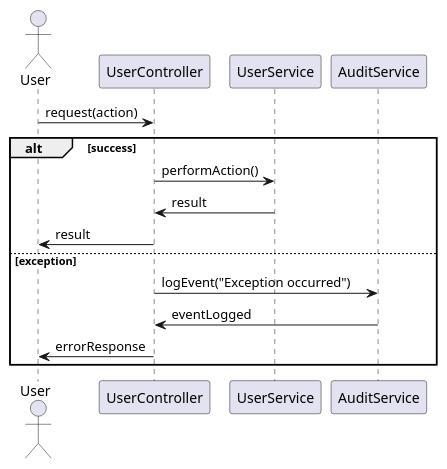
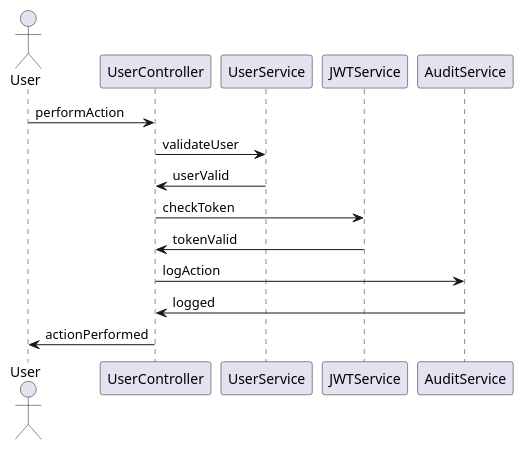
Before and after one commit to Dinesh-s95/AutoDoc.ai: the fourth of 6 diagrams in identityprovider/documentation/detaileddesign.adoc, drawn with PlantUML. The commit also changed other lines of this file and 4 other files, not shown here.

````diff
--- a/identityprovider/documentation/detaileddesign.adoc
+++ b/identityprovider/documentation/detaileddesign.adoc
@@ -359,19 +304,18 @@
 ```plantuml
 @startuml
 actor User
 participant UserController
 participant UserService
+participant JWTService
 participant AuditService
 
-User -> UserController : request(action)
-alt success
-    UserController -> UserService : performAction()
-    UserService -> UserController : result
-    UserController -> User : result
-else exception
-    UserController -> AuditService : logEvent("Exception occurred")
-    AuditService -> UserController : eventLogged
-    UserController -> User : errorResponse
-end
+User -> UserController : performAction
+UserController -> UserService : validateUser
+UserService -> UserController : userValid
+UserController -> JWTService : checkToken
+JWTService -> UserController : tokenValid
+UserController -> AuditService : logAction
+AuditService -> UserController : logged
+UserController -> User : actionPerformed
 @enduml
 ```
````
